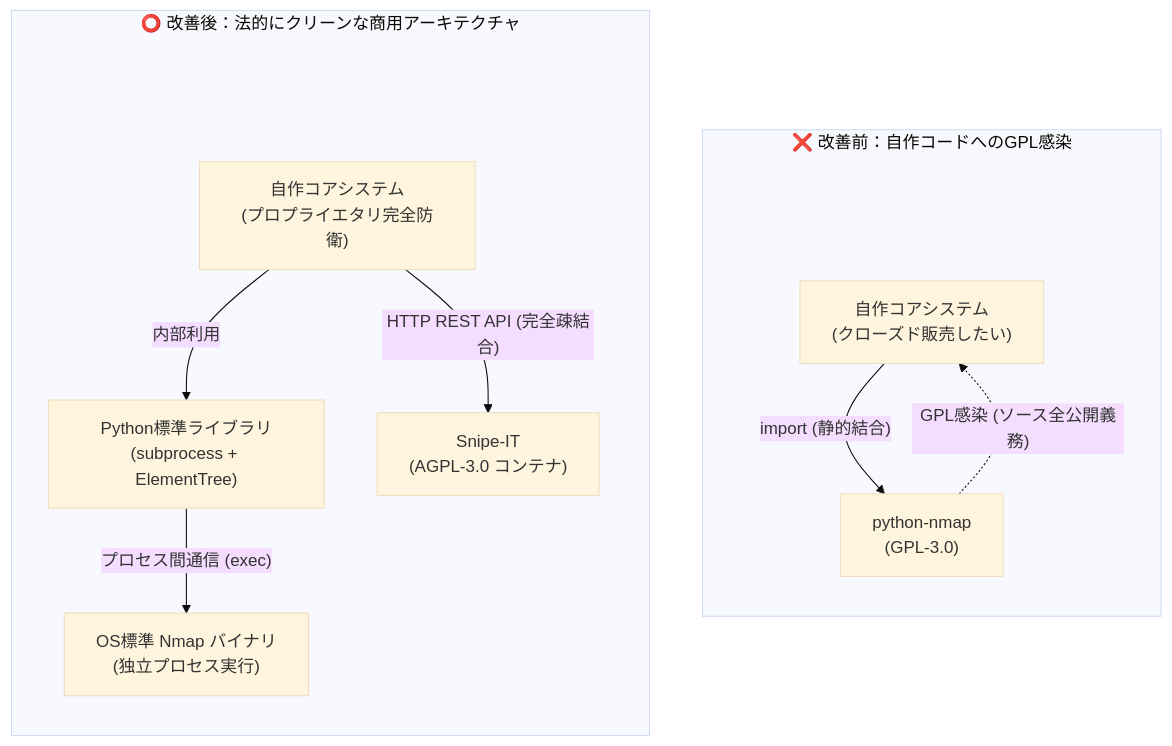
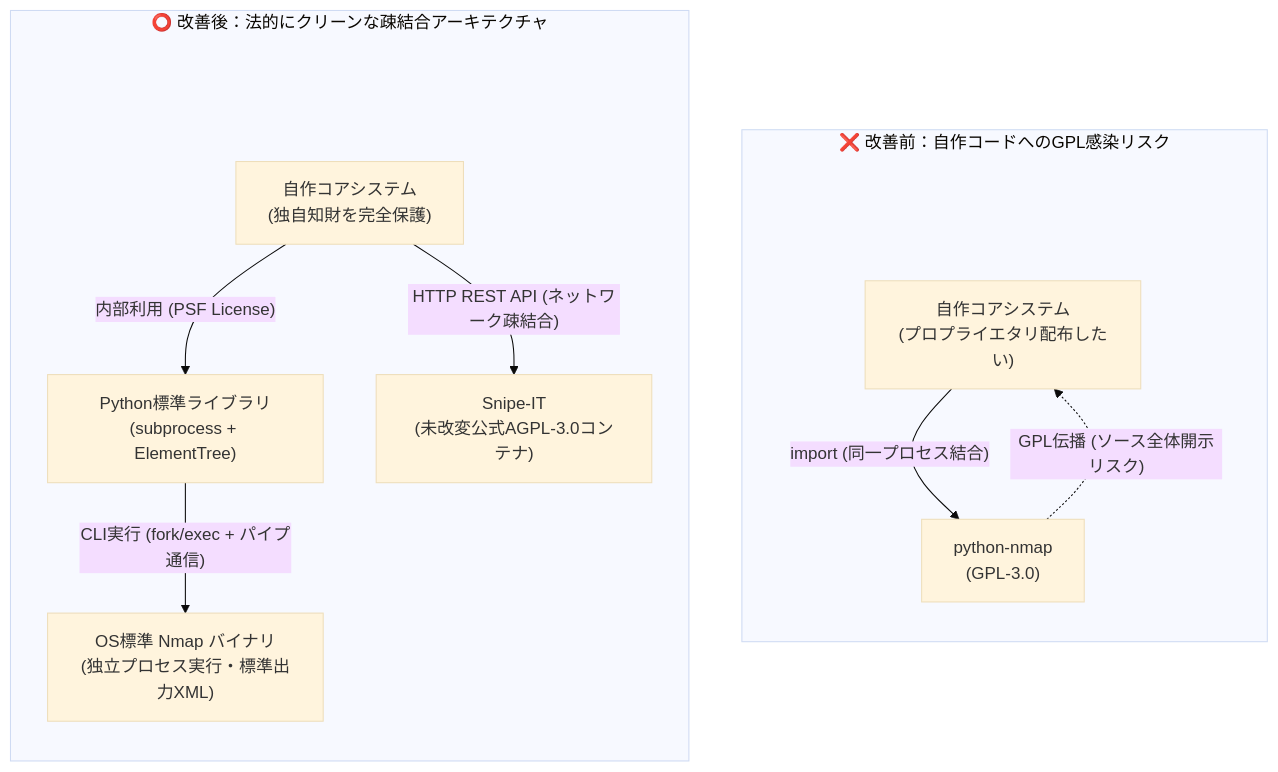
One commit to ojisantech/ojisan-arsenal changed the diagram in QIITA_ARTICLE_DETAIL_7.md. Above: the diagram before and after it, drawn with Mermaid (base theme). The commit also changed other lines of this file and 6 other files, not shown here.

Commit message:
docs: enrich QIITA_ARTICLE_DETAIL_1..7 with full technical implementation, diagrams, and operational guides from original drafts

````diff
--- a/QIITA_ARTICLE_DETAIL_7.md
+++ b/QIITA_ARTICLE_DETAIL_7.md
@@ -44,26 +44,26 @@
 ```mermaid
 flowchart TD
-    subgraph Danger ["❌ 改善前：自作コードへのGPL感染"]
+    subgraph Danger ["❌ 改善前：自作コードへのGPL感染リスク"]
         direction TB
         spacer_danger[" "] ~~~ App_Old
         style spacer_danger fill:none,stroke:none;
-        App_Old["自作コアシステム<br/>(クローズド販売したい)"]
+        App_Old["自作コアシステム<br/>(プロプライエタリ配布したい)"]
         PyNmap["python-nmap<br/>(GPL-3.0)"]
-        App_Old -->|"import (静的結合)"| PyNmap
-        PyNmap -.->|"GPL感染 (ソース全公開義務)"| App_Old
+        App_Old -->|"import (同一プロセス結合)"| PyNmap
+        PyNmap -.->|"GPL伝播 (ソース全体開示リスク)"| App_Old
     end
 
-    subgraph Safe ["⭕ 改善後：法的にクリーンな商用アーキテクチャ"]
+    subgraph Safe ["⭕ 改善後：法的にクリーンな疎結合アーキテクチャ"]
         direction TB
         spacer_safe[" "] ~~~ App_New
         style spacer_safe fill:none,stroke:none;
-        App_New["自作コアシステム<br/>(プロプライエタリ完全防衛)"]
+        App_New["自作コアシステム<br/>(独自知財を完全保護)"]
         StdLib["Python標準ライブラリ<br/>(subprocess + ElementTree)"]
-        NmapBin["OS標準 Nmap バイナリ<br/>(独立プロセス実行)"]
-        Snipe["Snipe-IT<br/>(AGPL-3.0 コンテナ)"]
+        NmapBin["OS標準 Nmap バイナリ<br/>(独立プロセス実行・標準出力XML)"]
+        Snipe["Snipe-IT<br/>(未改変公式AGPL-3.0コンテナ)"]
         
-        App_New -->|"内部利用"| StdLib
-        StdLib -->|"プロセス間通信 (exec)"| NmapBin
-        App_New -->|"HTTP REST API (完全疎結合)"| Snipe
+        App_New -->|"内部利用 (PSF License)"| StdLib
+        StdLib -->|"CLI実行 (fork/exec + パイプ通信)"| NmapBin
+        App_New -->|"HTTP REST API (ネットワーク疎結合)"| Snipe
     end
 ```
````
